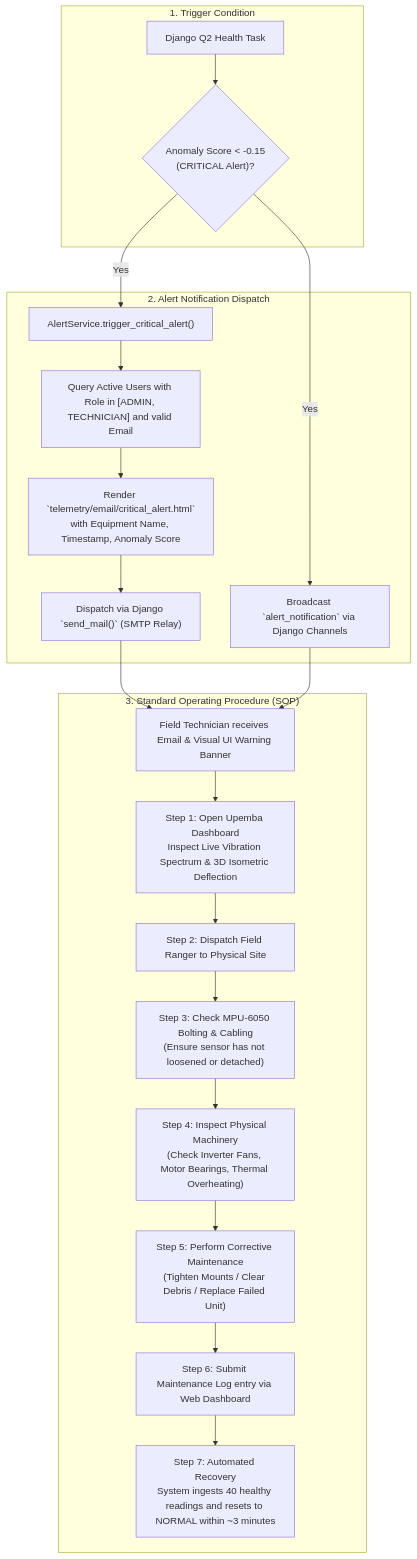
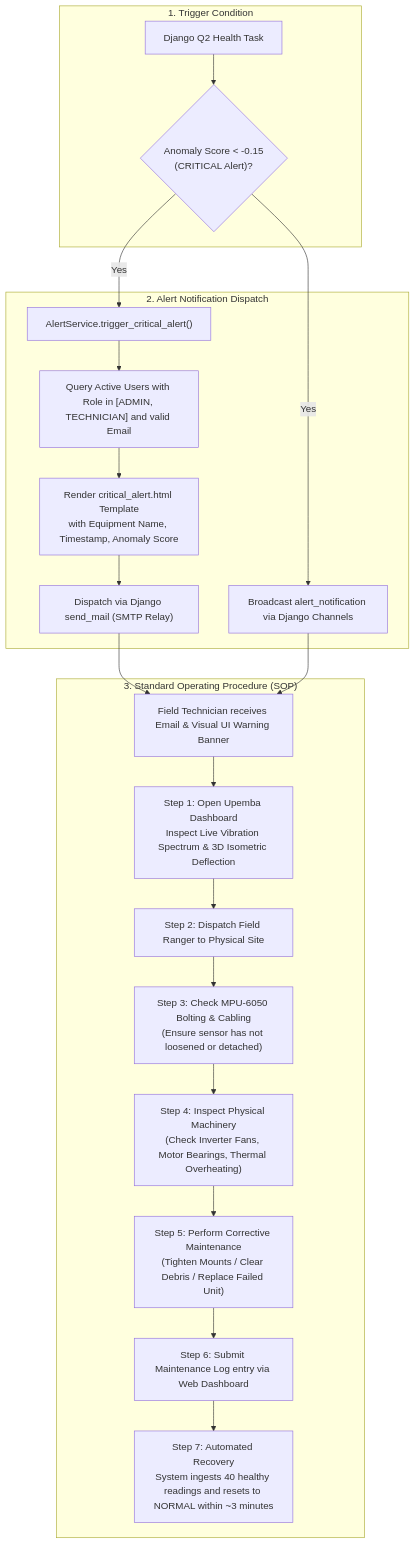
Before and after one commit to bendeze/upemba-iot-backend: diagram 11 of 18 in ARCHITECTURE.md, drawn with Mermaid. The commit also changed other lines of this file and 2 other files, not shown here.

````diff
--- a/ARCHITECTURE.md
+++ b/ARCHITECTURE.md
@@ -604,43 +604,43 @@
 ```mermaid
 flowchart TD
     subgraph TriggerLayer ["1. Trigger Condition"]
         EVAL_TASK["Django Q2 Health Task"]
         CRIT_FLAG{"Anomaly Score < -0.15\n(CRITICAL Alert)?"}
         EVAL_TASK --> CRIT_FLAG
     end
 
     subgraph NotificationDispatch ["2. Alert Notification Dispatch"]
-        ALERT_SERVICE["`AlertService.trigger_critical_alert()`"]
+        ALERT_SERVICE["AlertService.trigger_critical_alert()"]
         QUERY_RECIPIENTS["Query Active Users with Role in [ADMIN, TECHNICIAN] and valid Email"]
-        HTML_TEMPLATE["Render `telemetry/email/critical_alert.html`\nwith Equipment Name, Timestamp, Anomaly Score"]
-        SEND_EMAIL["Dispatch via Django `send_mail()` (SMTP Relay)"]
-        WS_ALERT["Broadcast `alert_notification` via Django Channels"]
+        HTML_TEMPLATE["Render critical_alert.html Template\nwith Equipment Name, Timestamp, Anomaly Score"]
+        SEND_EMAIL["Dispatch via Django send_mail (SMTP Relay)"]
+        WS_ALERT["Broadcast alert_notification via Django Channels"]
 
         CRIT_FLAG -- Yes --> ALERT_SERVICE
         ALERT_SERVICE --> QUERY_RECIPIENTS
         QUERY_RECIPIENTS --> HTML_TEMPLATE
         HTML_TEMPLATE --> SEND_EMAIL
         CRIT_FLAG -- Yes --> WS_ALERT
     end
 
     subgraph SOPResponse ["3. Standard Operating Procedure (SOP)"]
         RECEIVE_ALERT["Field Technician receives Email & Visual UI Warning Banner"]
         VERIFY_DASH["Step 1: Open Upemba Dashboard\nInspect Live Vibration Spectrum & 3D Isometric Deflection"]
         DISPATCH_RANGER["Step 2: Dispatch Field Ranger to Physical Site"]
         INSPECT_HARDWARE["Step 3: Check MPU-6050 Bolting & Cabling\n(Ensure sensor has not loosened or detached)"]
         INSPECT_MACHINE["Step 4: Inspect Physical Machinery\n(Check Inverter Fans, Motor Bearings, Thermal Overheating)"]
         PERFORM_REPAIR["Step 5: Perform Corrective Maintenance\n(Tighten Mounts / Clear Debris / Replace Failed Unit)"]
         RECORD_LOG["Step 6: Submit Maintenance Log entry via Web Dashboard"]
         AUTO_HEAL["Step 7: Automated Recovery\nSystem ingests 40 healthy readings and resets to NORMAL within ~3 minutes"]
 
         SEND_EMAIL --> RECEIVE_ALERT
         WS_ALERT --> RECEIVE_ALERT
         RECEIVE_ALERT --> VERIFY_DASH
         VERIFY_DASH --> DISPATCH_RANGER
         DISPATCH_RANGER --> INSPECT_HARDWARE
         INSPECT_HARDWARE --> INSPECT_MACHINE
         INSPECT_MACHINE --> PERFORM_REPAIR
         PERFORM_REPAIR --> RECORD_LOG
         RECORD_LOG --> AUTO_HEAL
     end
 ```
````
